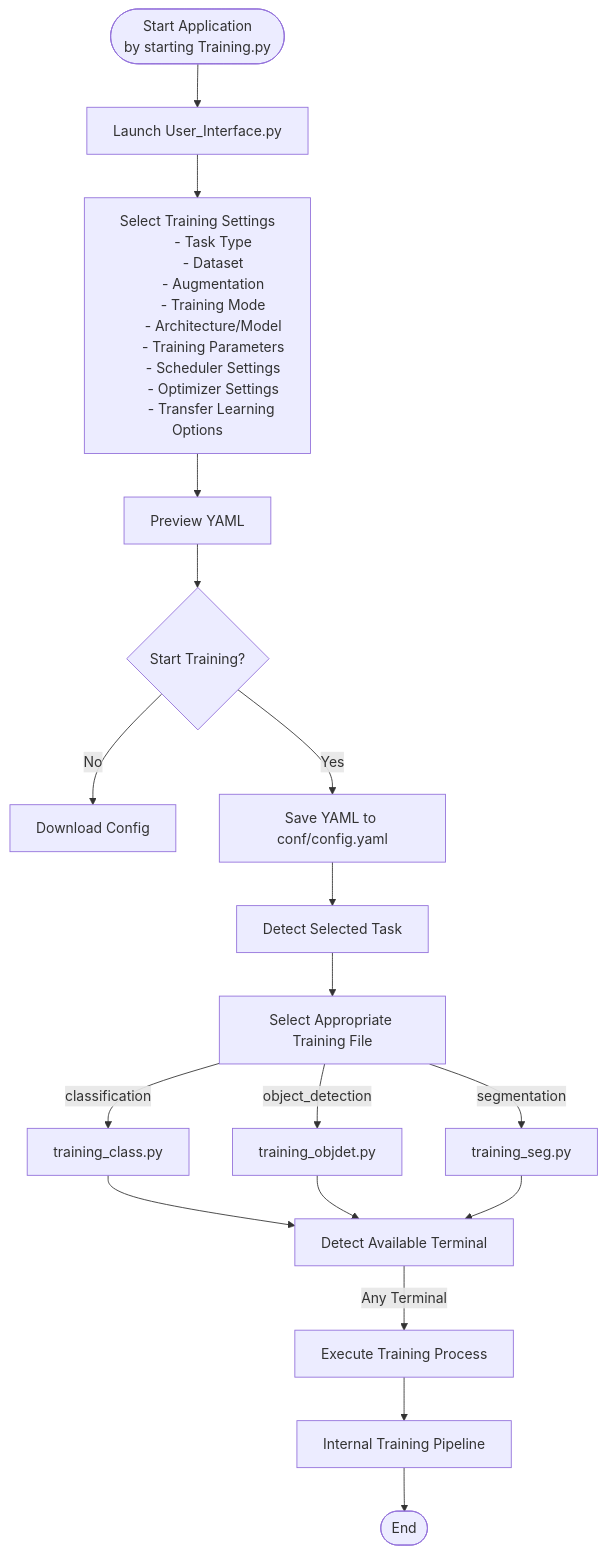
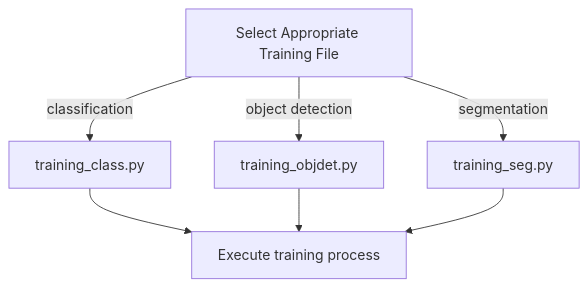
The second of 3 diagrams in README.md (moritzscheckenbach/KI_Training_Pipeline), drawn with Mermaid before and after one commit. The commit also changed other lines of this file and 3 other files, not shown here.

Commit message:
new structure in readme with images, flowcharts and more

````diff
--- a/README.md
+++ b/README.md
@@ -60,36 +78,11 @@
 ```mermaid
 flowchart TD
-    Start([Start Application
-    by starting Training.py]) --> UserInterface[Launch User_Interface.py]
-    
-    UserInterface --> SelectTrainingSettings[Select Training Settings
-        - Task Type
-        - Dataset
-        - Augmentation
-        - Training Mode
-        - Architecture/Model
-        - Training Parameters
-        - Scheduler Settings
-        - Optimizer Settings
-        - Transfer Learning Options]
-        
-    SelectTrainingSettings --> YAMLPreview[Preview YAML]
-    YAMLPreview --> StartTrainingButton{Start Training?}
-    StartTrainingButton --> |No| Download[Download Config]
-    StartTrainingButton --> |Yes| SaveYAML[Save YAML to conf/config.yaml]
-    
-    SaveYAML --> DetectTask[Detect Selected Task]
-    DetectTask --> SelectTrainingFile[Select Appropriate Training File]
+SelectTrainingFile[Select Appropriate Training File]
     SelectTrainingFile --> |classification| ClassTraining[training_class.py]
-    SelectTrainingFile --> |object_detection| ObjDetTraining[training_objdet.py]
+    SelectTrainingFile --> |object detection| ObjDetTraining[training_objdet.py]
     SelectTrainingFile --> |segmentation| SegTraining[training_seg.py]
     
-    ClassTraining --> DetectTerminal[Detect Available Terminal]
-    ObjDetTraining --> DetectTerminal
-    SegTraining --> DetectTerminal
-    
-    DetectTerminal --> |Any Terminal| TrainingExecution[Execute Training Process]
-    
-    TrainingExecution --> InternalPipeline[Internal Training Pipeline]
-    InternalPipeline --> End([End])
+    ClassTraining --> ExecuteTraining[Execute training process]
+    ObjDetTraining --> ExecuteTraining
+    SegTraining --> ExecuteTraining
 ```
````
